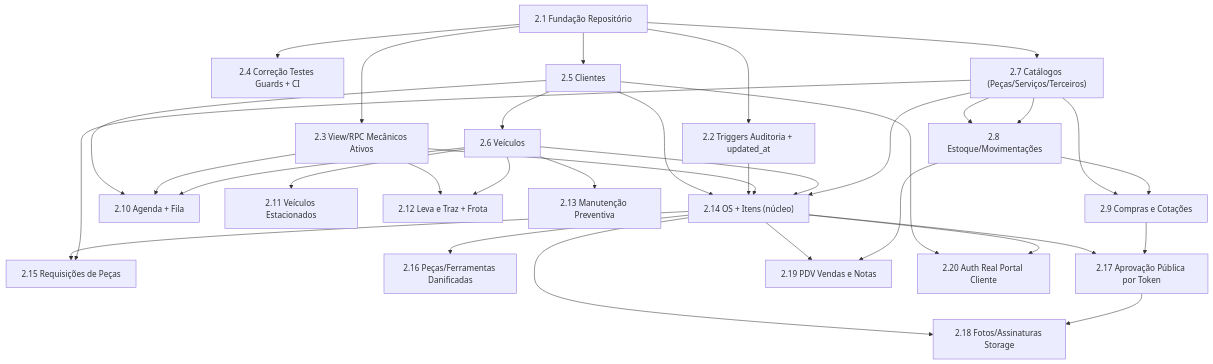
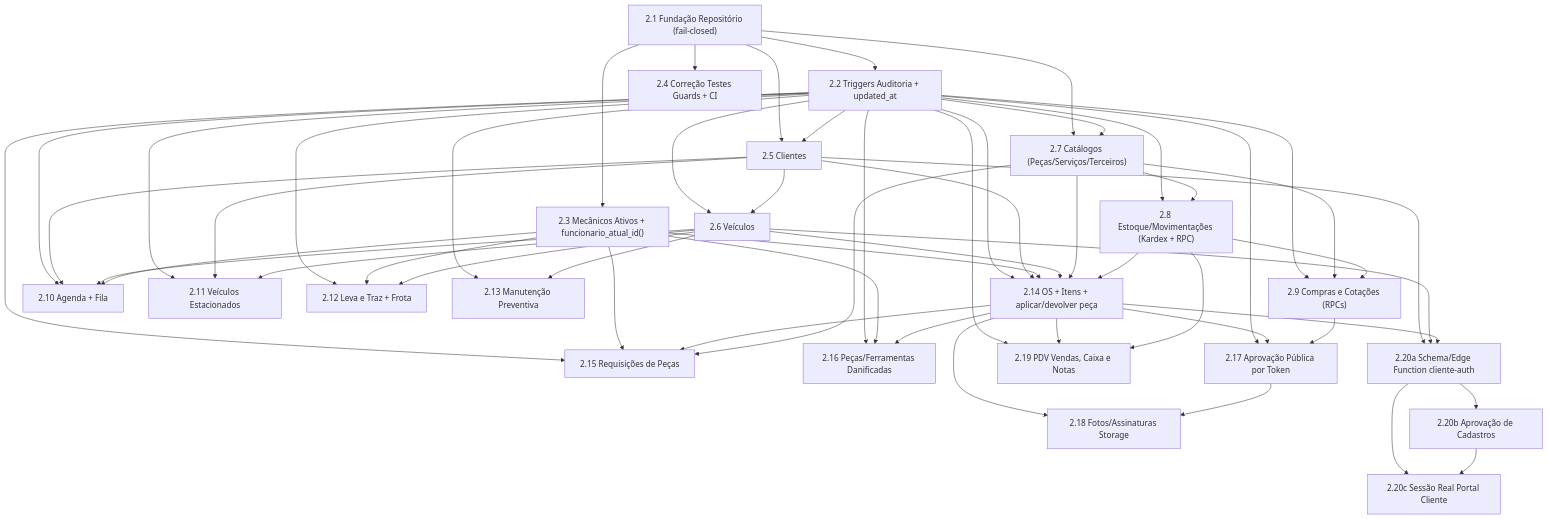
Before and after one commit to RafSalus/dev-oficina-1: the diagram in docs/stories/epic-2-INDEX.md, drawn with Mermaid. The commit also changed other lines of this file and 92 other files, not shown here.

````diff
--- a/docs/stories/epic-2-INDEX.md
+++ b/docs/stories/epic-2-INDEX.md
@@ -71,30 +126,33 @@
 ```mermaid
 graph TD
-    S21["2.1 Fundação Repositório"]
+    S21["2.1 Fundação Repositório (fail-closed)"]
     S22["2.2 Triggers Auditoria + updated_at"]
-    S23["2.3 View/RPC Mecânicos Ativos"]
+    S23["2.3 Mecânicos Ativos + funcionario_atual_id()"]
     S24["2.4 Correção Testes Guards + CI"]
 
     S25["2.5 Clientes"]
     S26["2.6 Veículos"]
     S27["2.7 Catálogos (Peças/Serviços/Terceiros)"]
 
-    S28["2.8 Estoque/Movimentações"]
-    S29["2.9 Compras e Cotações"]
+    S28["2.8 Estoque/Movimentações (Kardex + RPC)"]
+    S29["2.9 Compras e Cotações (RPCs)"]
 
     S210["2.10 Agenda + Fila"]
     S211["2.11 Veículos Estacionados"]
     S212["2.12 Leva e Traz + Frota"]
     S213["2.13 Manutenção Preventiva"]
 
-    S214["2.14 OS + Itens (núcleo)"]
+    S214["2.14 OS + Itens + aplicar/devolver peça"]
     S215["2.15 Requisições de Peças"]
     S216["2.16 Peças/Ferramentas Danificadas"]
     S217["2.17 Aprovação Pública por Token"]
     S218["2.18 Fotos/Assinaturas Storage"]
 
-    S219["2.19 PDV Vendas e Notas"]
-    S220["2.20 Auth Real Portal Cliente"]
+    S219["2.19 PDV Vendas, Caixa e Notas"]
+
+    S220a["2.20a Schema/Edge Function cliente-auth"]
+    S220b["2.20b Aprovação de Cadastros"]
+    S220c["2.20c Sessão Real Portal Cliente"]
 
     S21 --> S22
     S21 --> S23
@@ -102,27 +160,46 @@
     S21 --> S25
     S21 --> S27
 
+    S22 --> S25
+    S22 --> S26
+    S22 --> S27
+    S22 --> S28
+    S22 --> S29
+    S22 --> S210
+    S22 --> S211
+    S22 --> S212
+    S22 --> S213
+    S22 --> S214
+    S22 --> S215
+    S22 --> S216
+    S22 --> S217
+    S22 --> S219
+
     S25 --> S26
     S25 --> S210
+    S25 --> S211
     S25 --> S214
-    S25 --> S220
+    S25 --> S220a
 
-    S27 --> S28
+    S26 --> S210
+    S26 --> S211
+    S23 --> S212
+    S26 --> S212
+    S26 --> S213
+    S26 --> S220a
+
     S27 --> S28
     S27 --> S29
     S28 --> S29
 
     S23 --> S210
-    S26 --> S210
-    S26 --> S211
-    S23 --> S212
-    S26 --> S212
-    S26 --> S213
+    S23 --> S214
+    S23 --> S215
+    S23 --> S216
 
-    S22 --> S214
-    S23 --> S214
     S26 --> S214
     S27 --> S214
+    S28 --> S214
 
     S214 --> S215
     S27 --> S215
@@ -135,5 +212,8 @@
     S214 --> S219
     S28 --> S219
 
-    S214 --> S220
+    S214 --> S220a
+    S220a --> S220b
+    S220a --> S220c
+    S220b --> S220c
 ```
````
